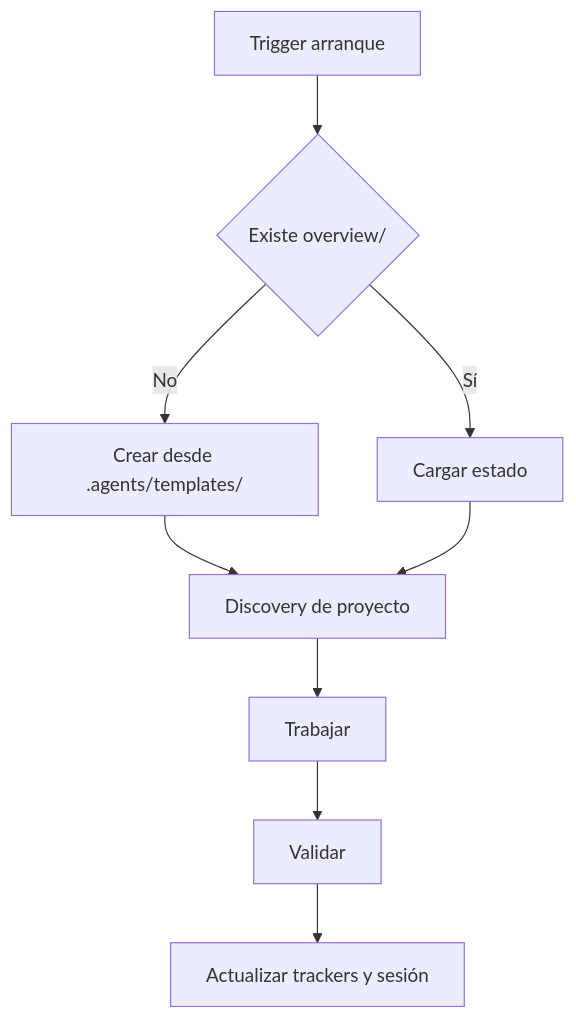
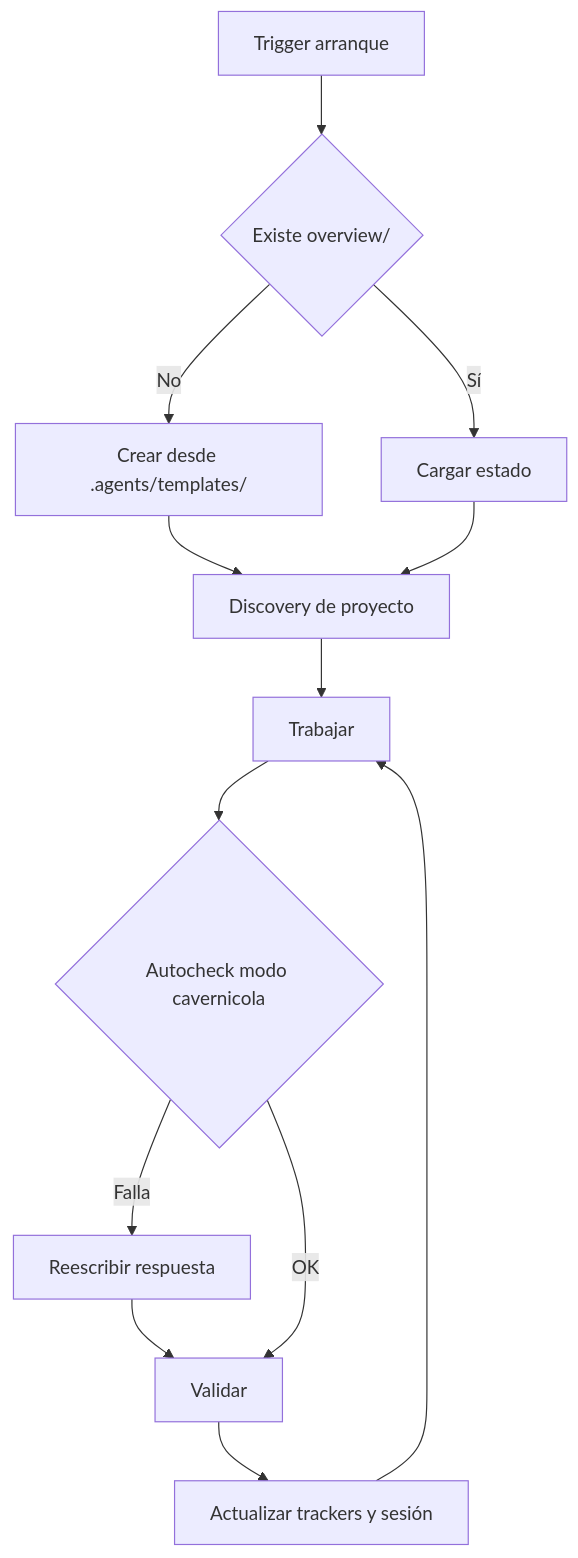
Before and after one commit to Agent-Rules-Ecosystem/backend-auth-oauth-agent-skill: the diagram in core/brain.md, drawn with Mermaid. The commit also changed other lines of this file and 9 other files, not shown here.

````diff
--- a/core/brain.md
+++ b/core/brain.md
@@ -5,11 +5,15 @@
 ```mermaid
 graph TD
     A[Trigger arranque] --> B{Existe overview/}
     B -- No --> C[Crear desde .agents/templates/]
     B -- Sí --> D[Cargar estado]
     C --> E[Discovery de proyecto]
     D --> E
     E --> F[Trabajar]
-    F --> G[Validar]
+    F --> M{Autocheck modo cavernicola}
+    M -- Falla --> R[Reescribir respuesta]
+    R --> G[Validar]
+    M -- OK --> G
     G --> H[Actualizar trackers y sesión]
+    H --> F
 ```
````
